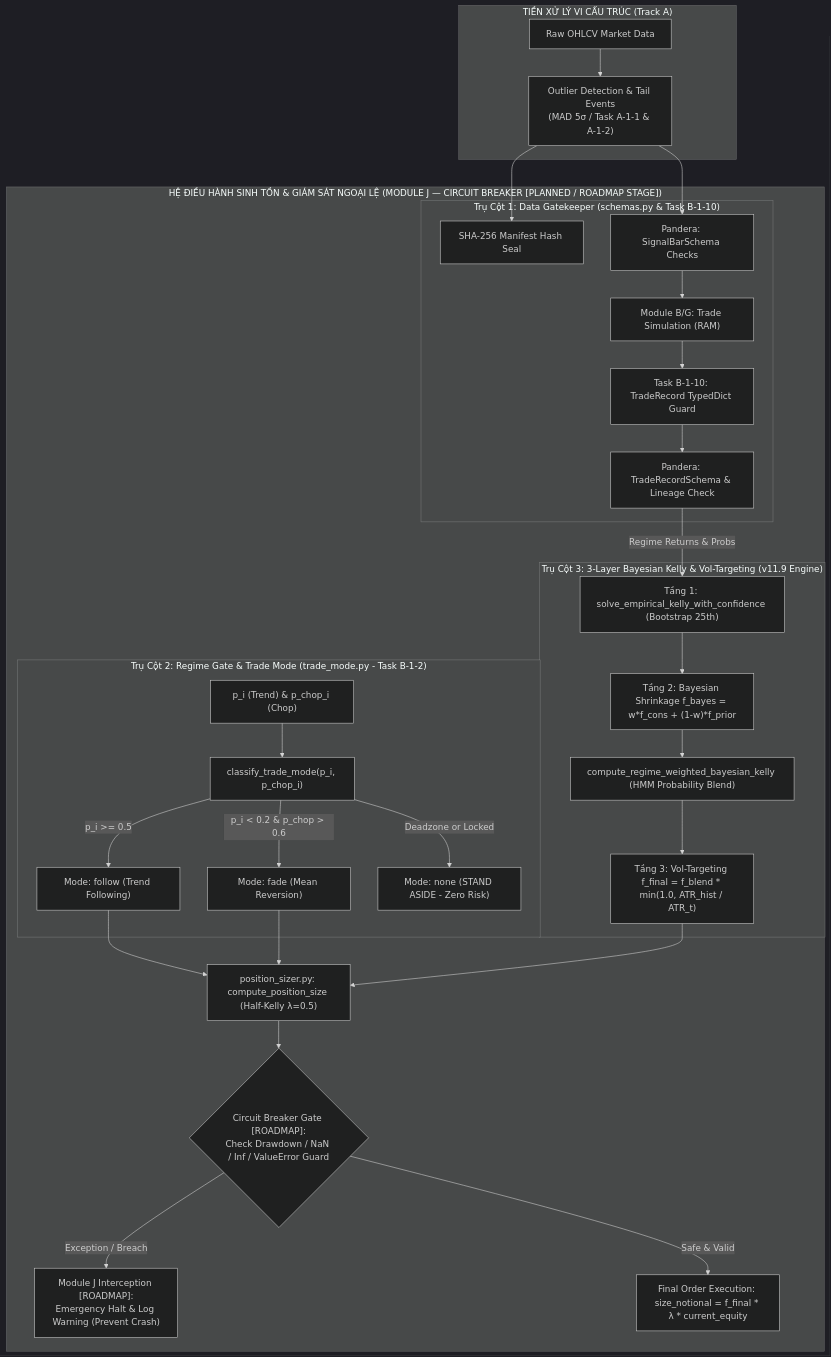
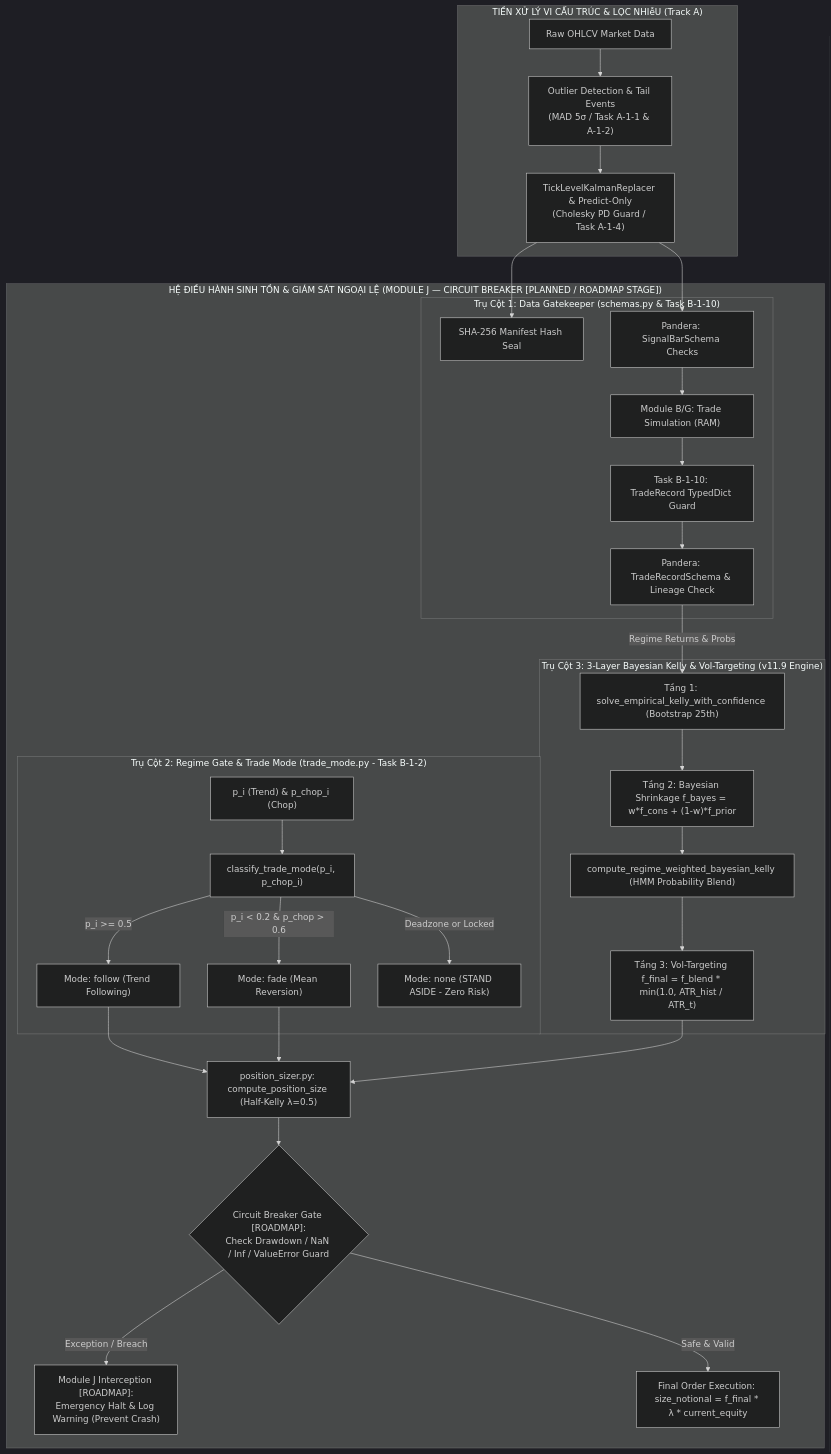
Before and after one commit to hoangcongly/1907TacticalAI: the first of 15 diagrams in docs/engineering_audit_and_explanation_report.md, drawn with Mermaid (dark theme). The commit also changed other lines of this file and 7 other files, not shown here.

Commit message:
feat(module A): implement Task A-1-4 TickLevelKalmanReplacer with Cholesky PD guard and Numba C acceleration (>60x speedup)

````diff
--- a/docs/engineering_audit_and_explanation_report.md
+++ b/docs/engineering_audit_and_explanation_report.md
@@ -29,38 +31,40 @@
 ```mermaid
 flowchart TD
-    subgraph TrackA["TIỀN XỬ LÝ VI CẤU TRÚC (Track A)"]
+    subgraph TrackA["TIỀN XỬ LÝ VI CẤU TRÚC & LỌC NHIễU (Track A)"]
         RawTick["Raw OHLCV Market Data"] --> OutlierFilter["Outlier Detection & Tail Events\n(MAD 5σ / Task A-1-1 & A-1-2)"]
+        OutlierFilter --> KalmanReplacer["TickLevelKalmanReplacer & Predict-Only\n(Cholesky PD Guard / Task A-1-4)"]
     end
 
     subgraph ModuleJ["HỆ ĐIỀU HÀNH SINH TỒN & GIÁM SÁT NGOẠI LỆ (MODULE J — CIRCUIT BREAKER [PLANNED / ROADMAP STAGE])"]
         subgraph Pillar1["Trụ Cột 1: Data Gatekeeper (schemas.py & Task B-1-10)"]
-            OutlierFilter --> Hash["SHA-256 Manifest Hash Seal"]
-            OutlierFilter --> SchemaIn["Pandera: SignalBarSchema Checks"]
+            KalmanReplacer --> Hash["SHA-256 Manifest Hash Seal"]
+            KalmanReplacer --> SchemaIn["Pandera: SignalBarSchema Checks"]
             SchemaIn --> Sim["Module B/G: Trade Simulation (RAM)"]
+
             Sim --> TDict["Task B-1-10: TradeRecord TypedDict Guard"]
             TDict --> TSchema["Pandera: TradeRecordSchema & Lineage Check"]
         end
 
         subgraph Pillar2["Trụ Cột 2: Regime Gate & Trade Mode (trade_mode.py - Task B-1-2)"]
             Prob["p_i (Trend) & p_chop_i (Chop)"] --> Classifier["classify_trade_mode(p_i, p_chop_i)"]
             Classifier -->|p_i >= 0.5| ModeFollow["Mode: follow (Trend Following)"]
             Classifier -->|p_i < 0.2 & p_chop > 0.6| ModeFade["Mode: fade (Mean Reversion)"]
             Classifier -->|Deadzone or Locked| ModeNone["Mode: none (STAND ASIDE - Zero Risk)"]
         end
 
         subgraph Pillar3["Trụ Cột 3: 3-Layer Bayesian Kelly & Vol-Targeting (v11.9 Engine)"]
             TSchema -->|Regime Returns & Probs| Solver["Tầng 1: solve_empirical_kelly_with_confidence (Bootstrap 25th)"]
             Solver --> Bayes["Tầng 2: Bayesian Shrinkage f_bayes = w*f_cons + (1-w)*f_prior"]
             Bayes --> HMMBlend["compute_regime_weighted_bayesian_kelly (HMM Probability Blend)"]
             HMMBlend --> VolTarget["Tầng 3: Vol-Targeting f_final = f_blend * min(1.0, ATR_hist / ATR_t)"]
         end
 
         ModeFollow --> PositionSizer["position_sizer.py: compute_position_size (Half-Kelly λ=0.5)"]
         ModeFade --> PositionSizer
         VolTarget --> PositionSizer
 
         PositionSizer --> BreakerCheck{"Circuit Breaker Gate [ROADMAP]:<br/>Check Drawdown / NaN / Inf / ValueError Guard"}
         BreakerCheck -->|Exception / Breach| Intercept["Module J Interception [ROADMAP]:<br/>Emergency Halt & Log Warning (Prevent Crash)"]
         BreakerCheck -->|Safe & Valid| SizingOutput["Final Order Execution: size_notional = f_final * λ * current_equity"]
     end
 ```
````
